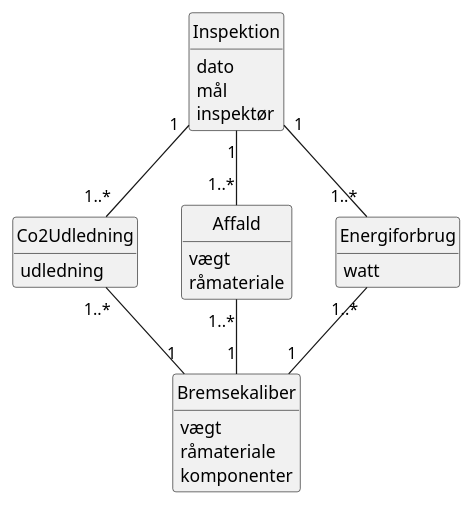
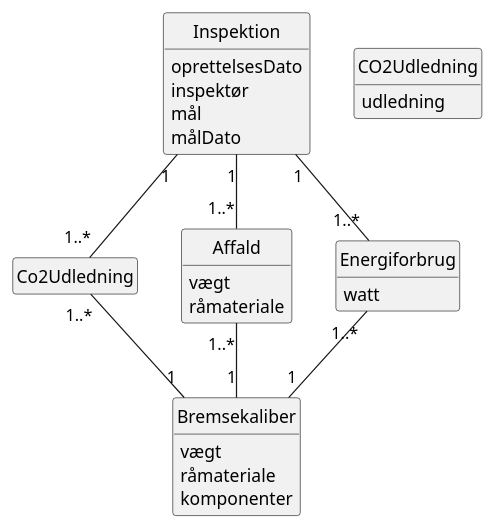
The diagram in Budweg/Artefacts/BudwegDomainModel.plantuml (FilipMeldal/Team1A), drawn with PlantUML before and after one commit.

Commit message:
Fejl rettelser i domain model for budweg

```diff
--- a/Budweg/Artefacts/BudwegDomainModel.plantuml
+++ b/Budweg/Artefacts/BudwegDomainModel.plantuml
@@ -1,45 +1,46 @@
 @startuml
 hide circle
 hide empty members
 
 
 
 Co2Udledning "1..*" -- "1" Bremsekaliber
 Affald "1..*" -- "1" Bremsekaliber
 Energiforbrug "1..*" -- "1" Bremsekaliber
 Inspektion "1" -- "1..*" Co2Udledning
 Inspektion "1" -- "1..*" Affald
 Inspektion "1" -- "1..*" Energiforbrug
 
 
 Class Bremsekaliber
 {
     vægt
     råmateriale
     komponenter
 }
 
-Class Co2Udledning 
+Class CO2Udledning 
 {
     udledning
 }
 
 Class Affald
 {
     vægt
     råmateriale
 }
 
 Class Energiforbrug
 {
     watt
 }
 
 Class Inspektion
 {
-    dato
+    oprettelsesDato
+    inspektør
     mål
-    inspektør
+    målDato
 }
 
 @enduml
```
